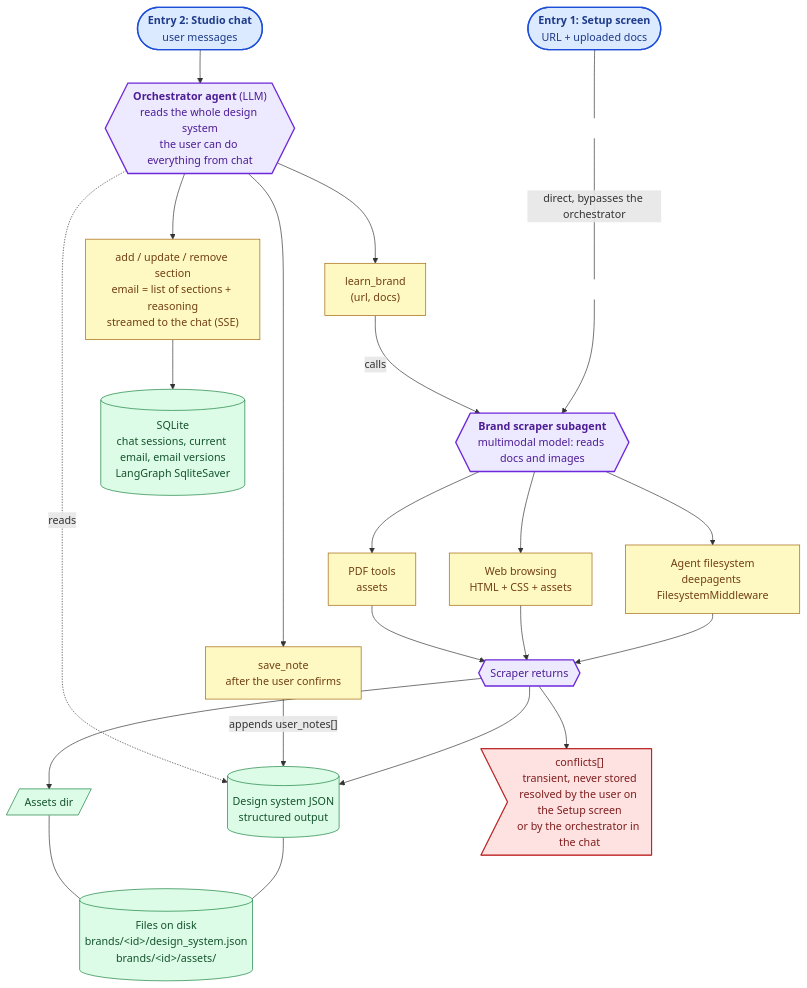
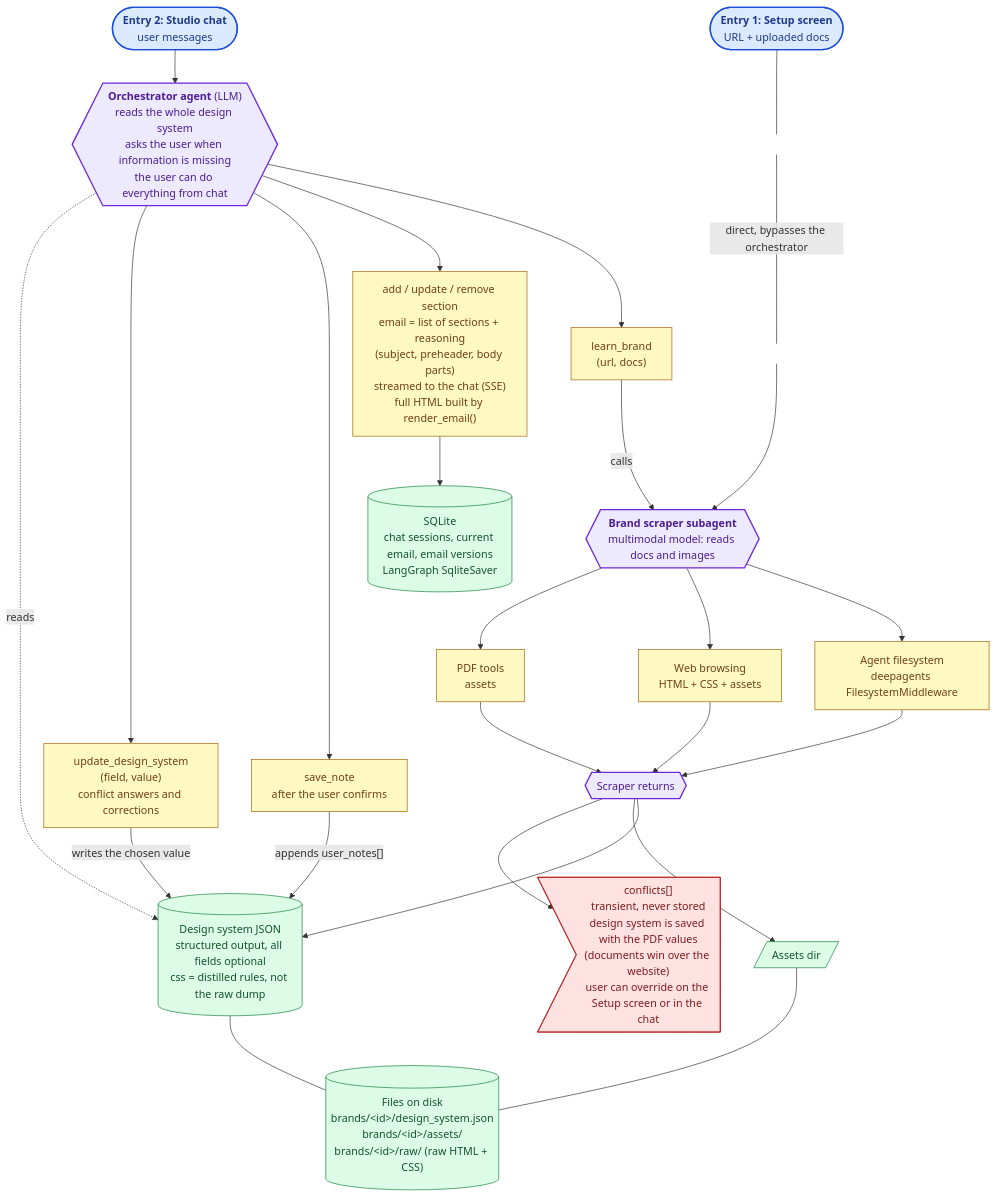
One commit to fed3c3sa/textyess-email-agent changed the diagram in README.md. Above: the diagram before and after it, drawn with Mermaid.

Commit message:
update flowchart with new constraints

````diff
--- a/README.md
+++ b/README.md
@@ -8,66 +8,69 @@
 ```mermaid
 flowchart TB
     SETUPUI(["<b>Entry 1: Setup screen</b><br/>URL + uploaded docs"])
     CHAT(["<b>Entry 2: Studio chat</b><br/>user messages"])
 
     SCRAPER{{"<b>Brand scraper subagent</b><br/>multimodal model: reads docs and images"}}
-    ORCH{{"<b>Orchestrator agent</b> (LLM)<br/>reads the whole design system<br/>the user can do everything from chat"}}
+    ORCH{{"<b>Orchestrator agent</b> (LLM)<br/>reads the whole design system<br/>asks the user when information is missing<br/>the user can do everything from chat"}}
 
     FSMW["Agent filesystem<br/>deepagents FilesystemMiddleware"]
     WEB["Web browsing<br/>HTML + CSS + assets"]
     PDF["PDF tools<br/>assets"]
 
     LEARN["learn_brand<br/>(url, docs)"]
-    SECT["add / update / remove section<br/>email = list of sections + reasoning<br/>streamed to the chat (SSE)"]
+    SECT["add / update / remove section<br/>email = list of sections + reasoning<br/>(subject, preheader, body parts)<br/>streamed to the chat (SSE)<br/>full HTML built by render_email()"]
     NOTE["save_note<br/>after the user confirms"]
+    UPDATE["update_design_system<br/>(field, value)<br/>conflict answers and corrections"]
 
     RET{{"Scraper returns"}}
-    DS[("Design system JSON<br/>structured output")]
+    DS[("Design system JSON<br/>structured output, all fields optional<br/>css = distilled rules, not the raw dump")]
     ASSETS[/"Assets dir"/]
-    CONF>"conflicts[]<br/>transient, never stored<br/>resolved by the user on the Setup screen<br/>or by the orchestrator in the chat"]
+    CONF>"conflicts[]<br/>transient, never stored<br/>design system is saved with the PDF values<br/>(documents win over the website)<br/>user can override on the Setup screen or in the chat"]
 
     STORE[("SQLite<br/>chat sessions, current email, email versions<br/>LangGraph SqliteSaver")]
-    FILES[("Files on disk<br/>brands/&lt;id&gt;/design_system.json<br/>brands/&lt;id&gt;/assets/")]
+    FILES[("Files on disk<br/>brands/&lt;id&gt;/design_system.json<br/>brands/&lt;id&gt;/assets/<br/>brands/&lt;id&gt;/raw/ (raw HTML + CSS)")]
 
     SP1[" "]
     SP2[" "]
     SETUPUI --- SP1
     SP1 -- "direct, bypasses the orchestrator" --- SP2
     SP2 --> SCRAPER
     CHAT --> ORCH
 
     ORCH --> LEARN
     ORCH --> SECT
     ORCH --> NOTE
+    ORCH --> UPDATE
     LEARN -- "calls" --> SCRAPER
 
     SCRAPER --> FSMW
     SCRAPER --> WEB
     SCRAPER --> PDF
     FSMW --> RET
     WEB --> RET
     PDF --> RET
 
     RET --> DS
     RET --> ASSETS
     RET --> CONF
 
     NOTE -- "appends user_notes[]" --> DS
+    UPDATE -- "writes the chosen value" --> DS
     ORCH -. "reads" .-> DS
     SECT --> STORE
     DS --- FILES
     ASSETS --- FILES
 
     classDef hidden fill:none,stroke:none,color:none
     classDef entry fill:#dbeafe,stroke:#1d4ed8,stroke-width:2px,color:#1e3a8a
     classDef agent fill:#ede9fe,stroke:#6d28d9,stroke-width:2px,color:#4c1d95
     classDef tool fill:#fef9c3,stroke:#a16207,color:#713f12
     classDef data fill:#dcfce7,stroke:#15803d,color:#14532d
     classDef warn fill:#fee2e2,stroke:#b91c1c,color:#7f1d1d
     class SETUPUI,CHAT entry
     class ORCH,SCRAPER,RET agent
-    class LEARN,SECT,NOTE,FSMW,WEB,PDF tool
+    class LEARN,SECT,NOTE,UPDATE,FSMW,WEB,PDF tool
     class DS,ASSETS,STORE,FILES data
     class CONF warn
     class SP1,SP2 hidden
 ```
````
